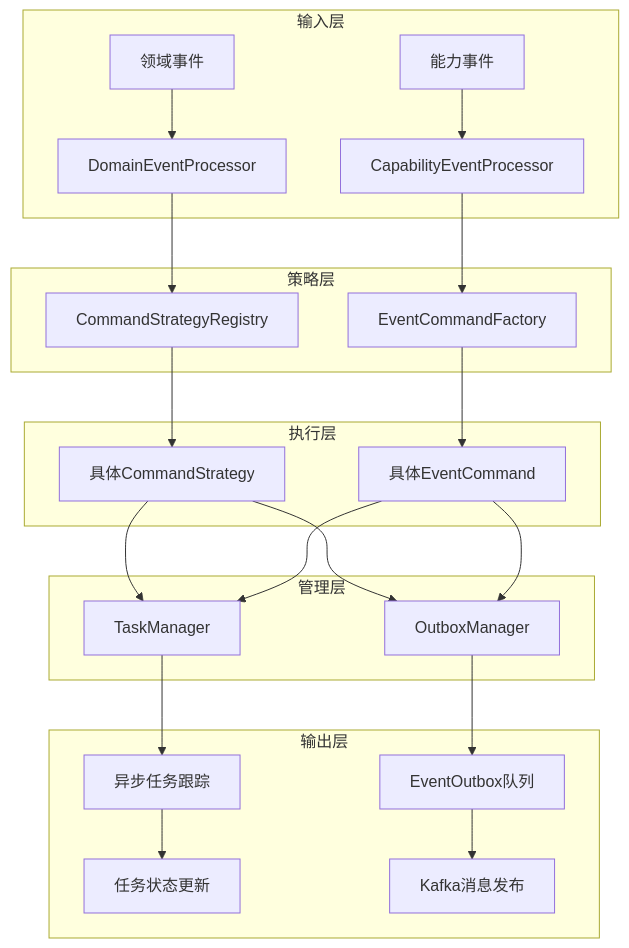
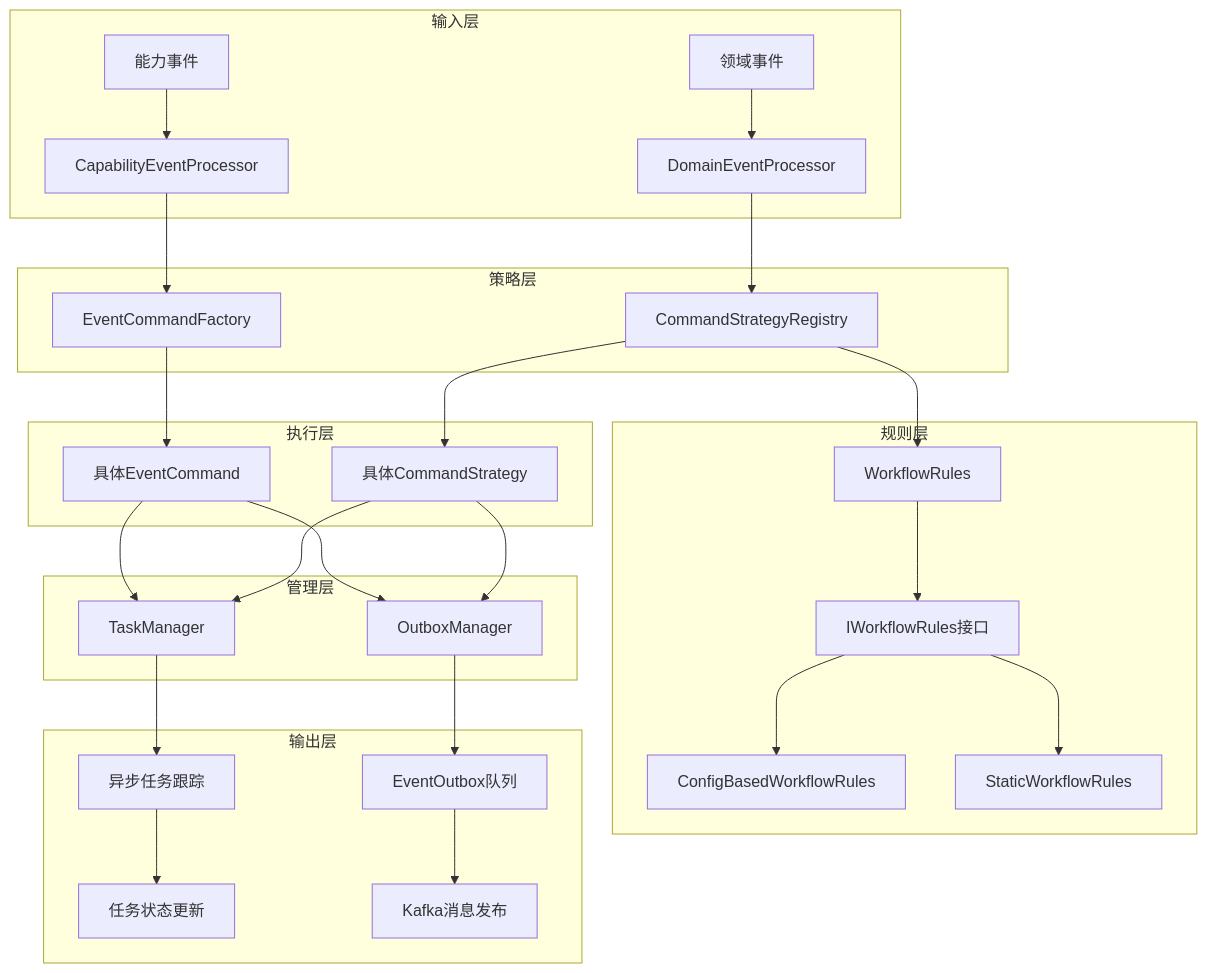
Before and after one commit to zhiyue/infinite-scribe: diagram 35 of 38 in apps/backend/src/agents/orchestrator/README.md, drawn with Mermaid. The commit also changed other lines of this file and 1 other file, not shown here.

````diff
--- a/apps/backend/src/agents/orchestrator/README.md
+++ b/apps/backend/src/agents/orchestrator/README.md
@@ -1859,31 +2163,38 @@
 ```mermaid
 graph TB
     subgraph "输入层"
         A[领域事件] --> B[DomainEventProcessor]
         C[能力事件] --> D[CapabilityEventProcessor]
     end
     
     subgraph "策略层"
         B --> E[CommandStrategyRegistry]
         D --> F[EventCommandFactory]
     end
     
     subgraph "执行层"
         E --> G[具体CommandStrategy]
         F --> H[具体EventCommand]
     end
     
     subgraph "管理层"
         G --> I[TaskManager]
         G --> J[OutboxManager]
         H --> I
         H --> J
     end
     
+    subgraph "规则层"
+        E --> K[WorkflowRules]
+        K --> L[IWorkflowRules接口]
+        L --> M[ConfigBasedWorkflowRules]
+        L --> N[StaticWorkflowRules]
+    end
+    
     subgraph "输出层"
-        I --> K[异步任务跟踪]
-        J --> L[EventOutbox队列]
-        K --> M[任务状态更新]
-        L --> N[Kafka消息发布]
+        I --> O[异步任务跟踪]
+        J --> P[EventOutbox队列]
+        O --> Q[任务状态更新]
+        P --> R[Kafka消息发布]
     end
 ```
````
